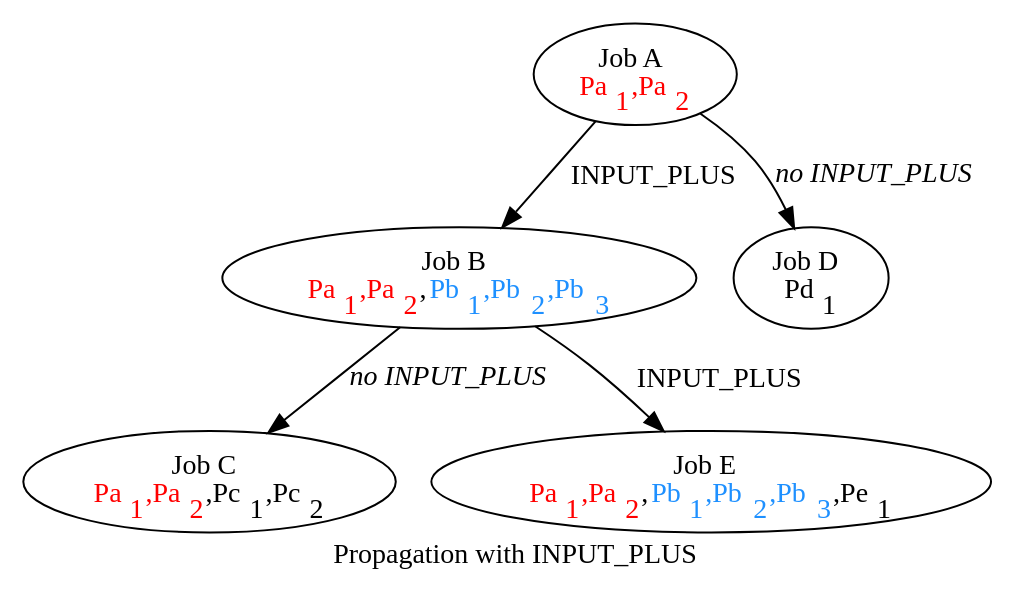
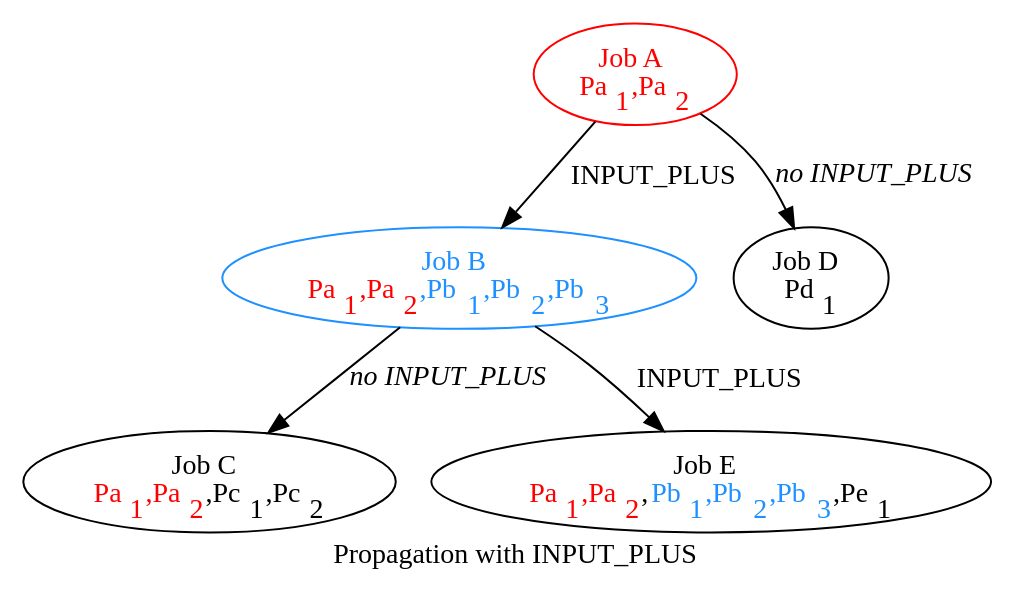
The second of 3 diagrams in docs/creating_pipelines/parameters.rst (Ensembl/ensembl-hive), drawn with Graphviz before and after one commit. The commit also changed other lines of this file, not shown here.

```diff
--- a/docs/creating_pipelines/parameters.rst
+++ b/docs/creating_pipelines/parameters.rst
@@ -217,14 +217,14 @@
 .. graphviz::
 
    digraph {
       label="Propagation with INPUT_PLUS"
       A -> B [label="INPUT_PLUS"];
       A -> D [label=<<i>no INPUT_PLUS</i>>];
       B -> C [label=<<i>no INPUT_PLUS</i>>];
       B -> E [label="INPUT_PLUS"];
-      A [label=<Job A<br/><font color='red'>Pa<sub>1</sub>,Pa<sub>2</sub></font>>]
-      B [label=<Job B<br/><font color='red'>Pa<sub>1</sub>,Pa<sub>2</sub></font>,<font color='DodgerBlue'>Pb<sub>1</sub>,Pb<sub>2</sub>,Pb<sub>3</sub></font>>]
-      C [label=<Job C<br/><font color='red'>Pa<sub>1</sub>,Pa<sub>2</sub></font>,Pc<sub>1</sub>,Pc<sub>2</sub>>]
-      D [label=<Job D<br/>Pd<sub>1</sub>>]
-      E [label=<Job E<br/><font color='red'>Pa<sub>1</sub>,Pa<sub>2</sub></font>,<font color='DodgerBlue'>Pb<sub>1</sub>,Pb<sub>2</sub>,Pb<sub>3</sub></font>,Pe<sub>1</sub>>]
+      A [color="red", label=<<font color='red'>Job A<br/>Pa<sub>1</sub>,Pa<sub>2</sub></font>>];
+      B [color="DodgerBlue", label=<<font color='DodgerBlue'>Job B<br/><font color='red'>Pa<sub>1</sub>,Pa<sub>2</sub></font>,Pb<sub>1</sub>,Pb<sub>2</sub>,Pb<sub>3</sub></font>>];
+      C [label=<Job C<br/><font color='red'>Pa<sub>1</sub>,Pa<sub>2</sub></font>,Pc<sub>1</sub>,Pc<sub>2</sub>>];
+      D [label=<Job D<br/>Pd<sub>1</sub>>];
+      E [label=<Job E<br/><font color='red'>Pa<sub>1</sub>,Pa<sub>2</sub></font>,<font color='DodgerBlue'>Pb<sub>1</sub>,Pb<sub>2</sub>,Pb<sub>3</sub></font>,Pe<sub>1</sub>>];
    }
```
